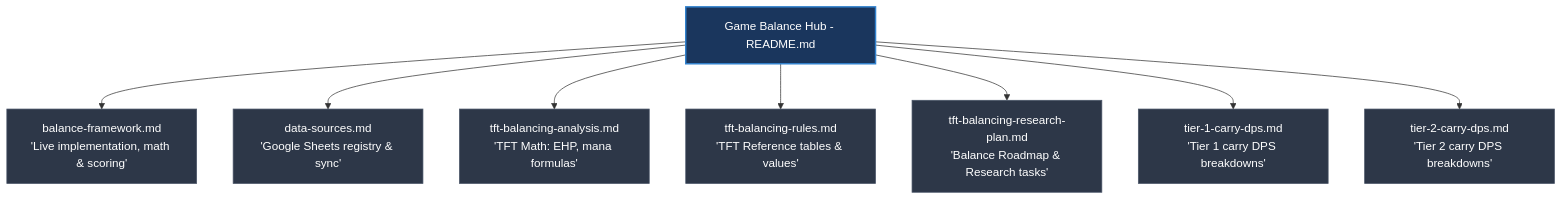
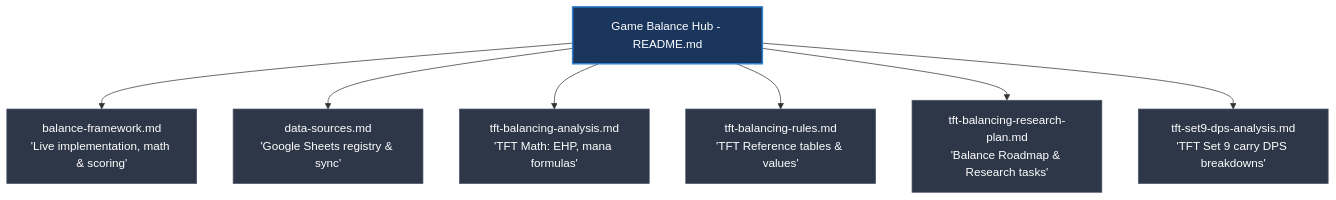
Before and after one commit to SwiftkeyX/Magic-Tutor: the first of 2 diagrams in .claude/docs/balance/README.md, drawn with Mermaid. The commit also changed other lines of this file and 13 other files, not shown here.

First line of the commit message:
docs(balance): consolidate carry DPS analysis into unified tier docs, correct star-scaling math

````diff
--- a/.claude/docs/balance/README.md
+++ b/.claude/docs/balance/README.md
@@ -13,19 +13,17 @@
 ```mermaid
 graph TD
     hub[Game Balance Hub - README.md] --> framework[balance-framework.md<br>'Live implementation, math & scoring']
     hub --> sources[data-sources.md<br>'Google Sheets registry & sync']
     hub --> analysis[tft-balancing-analysis.md<br>'TFT Math: EHP, mana formulas']
     hub --> rules[tft-balancing-rules.md<br>'TFT Reference tables & values']
     hub --> roadmap[tft-balancing-research-plan.md<br>'Balance Roadmap & Research tasks']
-    hub --> t1dps[tier-1-carry-dps.md<br>'Tier 1 carry DPS breakdowns']
-    hub --> t2dps[tier-2-carry-dps.md<br>'Tier 2 carry DPS breakdowns']
+    hub --> dpsanalysis[tft-set9-dps-analysis.md<br>'TFT Set 9 carry DPS breakdowns']
     
     style hub fill:#1a365d,stroke:#3182ce,stroke-width:2px,color:#fff
     style framework fill:#2d3748,stroke:#4a5568,color:#fff
     style sources fill:#2d3748,stroke:#4a5568,color:#fff
     style analysis fill:#2d3748,stroke:#4a5568,color:#fff
     style rules fill:#2d3748,stroke:#4a5568,color:#fff
     style roadmap fill:#2d3748,stroke:#4a5568,color:#fff
-    style t1dps fill:#2d3748,stroke:#4a5568,color:#fff
-    style t2dps fill:#2d3748,stroke:#4a5568,color:#fff
+    style dpsanalysis fill:#2d3748,stroke:#4a5568,color:#fff
 ```
````
